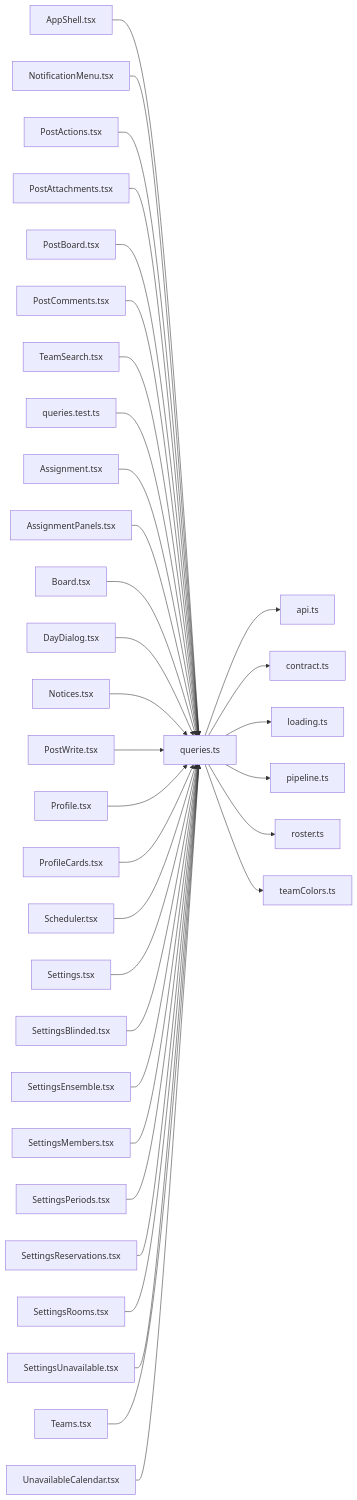
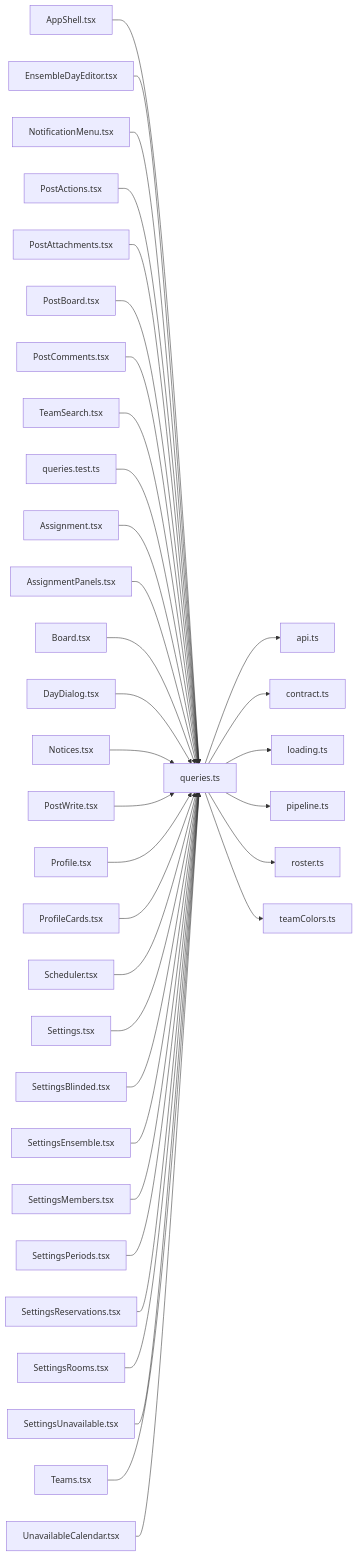
Before and after one commit to minkong-dev/Banblit: the diagram in .cluedoc/graph/frontend/src/components/queries.md, drawn with Mermaid. The commit also changed other lines of this file and 15 other files, not shown here.

Commit message:
frontend: move the per-day ensemble time editor into components

````diff
--- a/.cluedoc/graph/frontend/src/components/queries.md
+++ b/.cluedoc/graph/frontend/src/components/queries.md
@@ -10,37 +10,38 @@
 ```mermaid
 flowchart LR
   frontend_src_components_queries["queries.ts"]
   frontend_src_components_queries --> frontend_src_lib_api["api.ts"]
   frontend_src_components_queries --> frontend_src_lib_contract["contract.ts"]
   frontend_src_components_queries --> frontend_src_lib_loading["loading.ts"]
   frontend_src_components_queries --> frontend_src_lib_pipeline["pipeline.ts"]
   frontend_src_components_queries --> frontend_src_lib_roster["roster.ts"]
   frontend_src_components_queries --> frontend_src_lib_teamColors["teamColors.ts"]
   frontend_src_components_AppShell["AppShell.tsx"] --> frontend_src_components_queries
+  frontend_src_components_EnsembleDayEditor["EnsembleDayEditor.tsx"] --> frontend_src_components_queries
   frontend_src_components_NotificationMenu["NotificationMenu.tsx"] --> frontend_src_components_queries
   frontend_src_components_PostActions["PostActions.tsx"] --> frontend_src_components_queries
   frontend_src_components_PostAttachments["PostAttachments.tsx"] --> frontend_src_components_queries
   frontend_src_components_PostBoard["PostBoard.tsx"] --> frontend_src_components_queries
   frontend_src_components_PostComments["PostComments.tsx"] --> frontend_src_components_queries
   frontend_src_components_TeamSearch["TeamSearch.tsx"] --> frontend_src_components_queries
   frontend_src_components_queries_test["queries.test.ts"] --> frontend_src_components_queries
   frontend_src_routes_Assignment["Assignment.tsx"] --> frontend_src_components_queries
   frontend_src_routes_AssignmentPanels["AssignmentPanels.tsx"] --> frontend_src_components_queries
   frontend_src_routes_Board["Board.tsx"] --> frontend_src_components_queries
   frontend_src_routes_DayDialog["DayDialog.tsx"] --> frontend_src_components_queries
   frontend_src_routes_Notices["Notices.tsx"] --> frontend_src_components_queries
   frontend_src_routes_PostWrite["PostWrite.tsx"] --> frontend_src_components_queries
   frontend_src_routes_Profile["Profile.tsx"] --> frontend_src_components_queries
   frontend_src_routes_ProfileCards["ProfileCards.tsx"] --> frontend_src_components_queries
   frontend_src_routes_Scheduler["Scheduler.tsx"] --> frontend_src_components_queries
   frontend_src_routes_Settings["Settings.tsx"] --> frontend_src_components_queries
   frontend_src_routes_SettingsBlinded["SettingsBlinded.tsx"] --> frontend_src_components_queries
   frontend_src_routes_SettingsEnsemble["SettingsEnsemble.tsx"] --> frontend_src_components_queries
   frontend_src_routes_SettingsMembers["SettingsMembers.tsx"] --> frontend_src_components_queries
   frontend_src_routes_SettingsPeriods["SettingsPeriods.tsx"] --> frontend_src_components_queries
   frontend_src_routes_SettingsReservations["SettingsReservations.tsx"] --> frontend_src_components_queries
   frontend_src_routes_SettingsRooms["SettingsRooms.tsx"] --> frontend_src_components_queries
   frontend_src_routes_SettingsUnavailable["SettingsUnavailable.tsx"] --> frontend_src_components_queries
   frontend_src_routes_Teams["Teams.tsx"] --> frontend_src_components_queries
   frontend_src_routes_UnavailableCalendar["UnavailableCalendar.tsx"] --> frontend_src_components_queries
 ```
````
